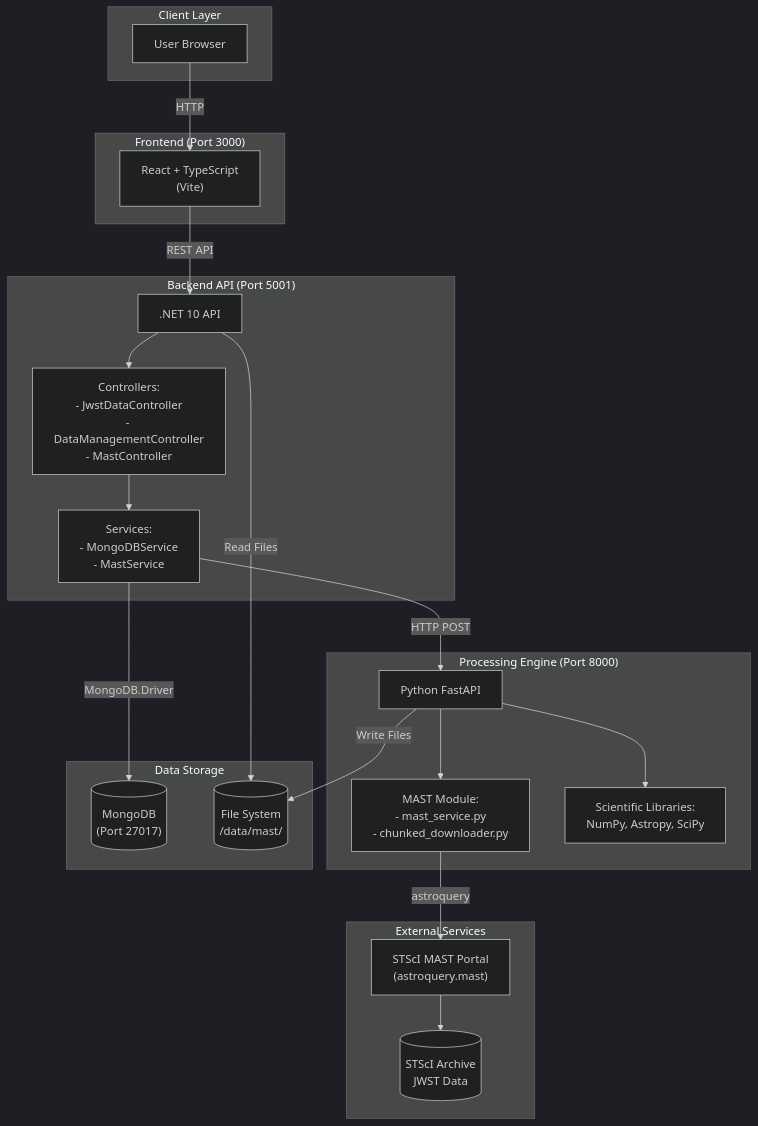
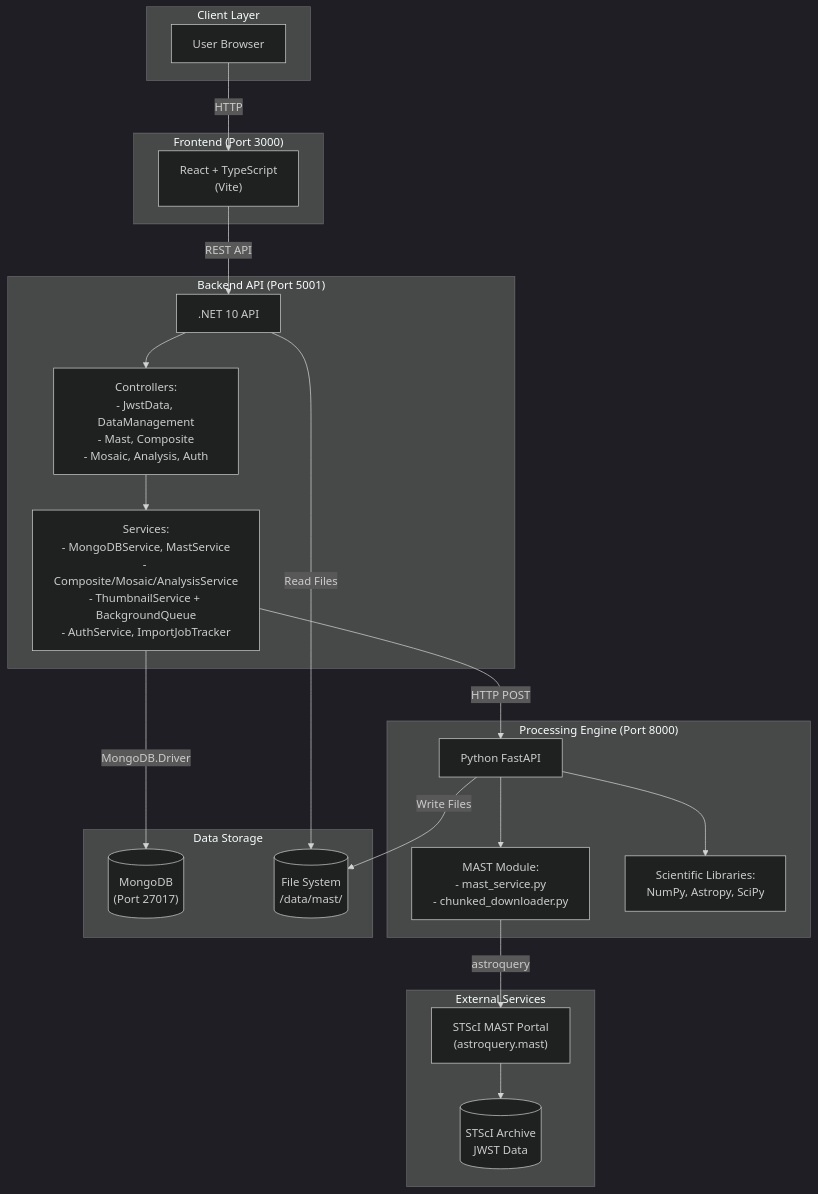
Before and after one commit to Snoww3d/jwst-data-analysis: the first of 11 diagrams in docs/architecture.md, drawn with Mermaid (dark theme). The commit also changed other lines of this file and 3 other files, not shown here.

First line of the commit message:
docs: update backend service documentation for thumbnail queue and missing services (#316)

````diff
--- a/docs/architecture.md
+++ b/docs/architecture.md
@@ -22,45 +22,45 @@
 ```mermaid
 flowchart TB
     subgraph Client["Client Layer"]
         Browser["User Browser"]
     end
 
     subgraph Frontend["Frontend (Port 3000)"]
         React["React + TypeScript\n(Vite)"]
     end
 
     subgraph Backend["Backend API (Port 5001)"]
         DotNet[".NET 10 API"]
-        Controllers["Controllers:\n- JwstDataController\n- DataManagementController\n- MastController"]
-        Services["Services:\n- MongoDBService\n- MastService"]
+        Controllers["Controllers:\n- JwstData, DataManagement\n- Mast, Composite\n- Mosaic, Analysis, Auth"]
+        Services["Services:\n- MongoDBService, MastService\n- Composite/Mosaic/AnalysisService\n- ThumbnailService + BackgroundQueue\n- AuthService, ImportJobTracker"]
     end
 
     subgraph Processing["Processing Engine (Port 8000)"]
         FastAPI["Python FastAPI"]
         MastModule["MAST Module:\n- mast_service.py\n- chunked_downloader.py"]
         SciLibs["Scientific Libraries:\nNumPy, Astropy, SciPy"]
     end
 
     subgraph Storage["Data Storage"]
         MongoDB[("MongoDB\n(Port 27017)")]
         FileSystem[("File System\n/data/mast/")]
     end
 
     subgraph External["External Services"]
         MAST["STScI MAST Portal\n(astroquery.mast)"]
         STScI[("STScI Archive\nJWST Data")]
     end
 
     Browser -->|HTTP| React
     React -->|REST API| DotNet
     DotNet --> Controllers
     Controllers --> Services
     Services -->|MongoDB.Driver| MongoDB
     Services -->|HTTP POST| FastAPI
     FastAPI --> MastModule
     FastAPI --> SciLibs
     MastModule -->|astroquery| MAST
     MAST --> STScI
     FastAPI -->|Write Files| FileSystem
     DotNet -->|Read Files| FileSystem
 ```
````
